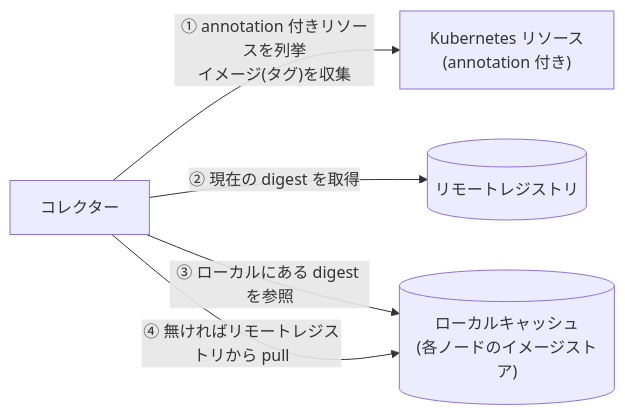
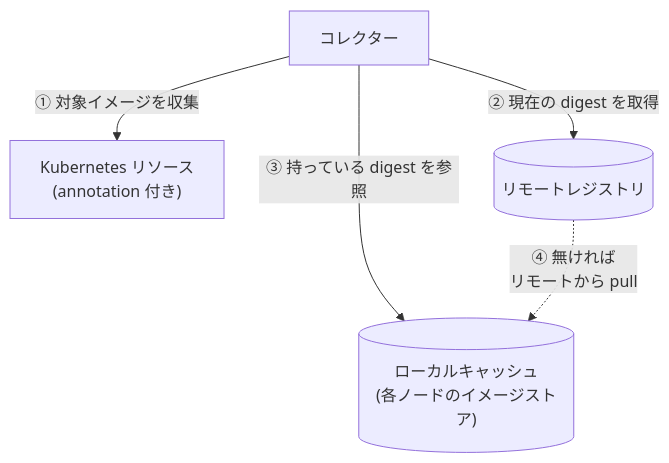
The first of 2 diagrams in README.md (sasano8/kube-floatingtag-pinner), drawn with Mermaid before and after one commit.

Commit message:
README: 概要図のラベルが見切れないよう縦配置に変更
Claude-Session: https://claude.ai/code/session_019rZvkSL7Th44LVS5DsW2yH

````diff
--- a/README.md
+++ b/README.md
@@ -36,12 +36,12 @@
 ```mermaid
-flowchart LR
+flowchart TB
     K["Kubernetes リソース<br/>(annotation 付き)"]
     C["コレクター"]
+    R[("リモートレジストリ")]
     L[("ローカルキャッシュ<br/>(各ノードのイメージストア)")]
-    R[("リモートレジストリ")]
 
-    C -- "① annotation 付きリソースを列挙<br/>イメージ(タグ)を収集" --> K
+    C -- "① 対象イメージを収集" --> K
     C -- "② 現在の digest を取得" --> R
-    C -- "③ ローカルにある digest を参照" --> L
-    C -- "④ 無ければリモートレジストリから pull" --> L
+    C -- "③ 持っている digest を参照" --> L
+    R -. "④ 無ければ<br/>リモートから pull" .-> L
 ```
````
